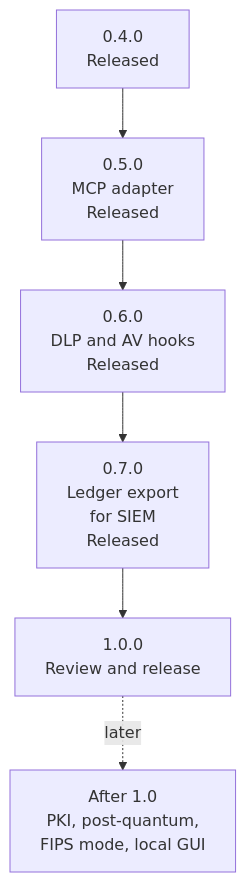
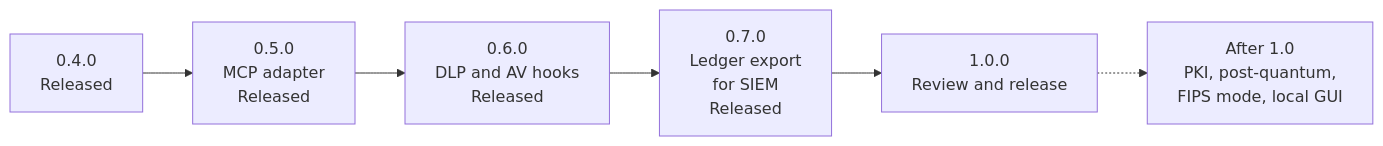
The fourth of 4 diagrams in README.md (Insomniac-VibeLabs/two-key), drawn with Mermaid before and after one commit. The commit also changed other lines of this file and 6 other files, not shown here.

First line of the commit message:
Docs review: README from main, clearer diagram labels, config show described correctly

````diff
--- a/README.md
+++ b/README.md
@@ -634,8 +614,8 @@
 ```mermaid
-flowchart TD
+flowchart LR
   r04["0.4.0<br/>Released"] --> r05["0.5.0<br/>MCP adapter<br/>Released"]
   r05 --> r06["0.6.0<br/>DLP and AV hooks<br/>Released"]
   r06 --> r07["0.7.0<br/>Ledger export<br/>for SIEM<br/>Released"]
   r07 --> r10["1.0.0<br/>Review and release"]
-  r10 -. "later" .-> after["After 1.0<br/>PKI, post-quantum,<br/>FIPS mode, local GUI"]
+  r10 -.-> after["After 1.0<br/>PKI, post-quantum,<br/>FIPS mode, local GUI"]
 ```
````
